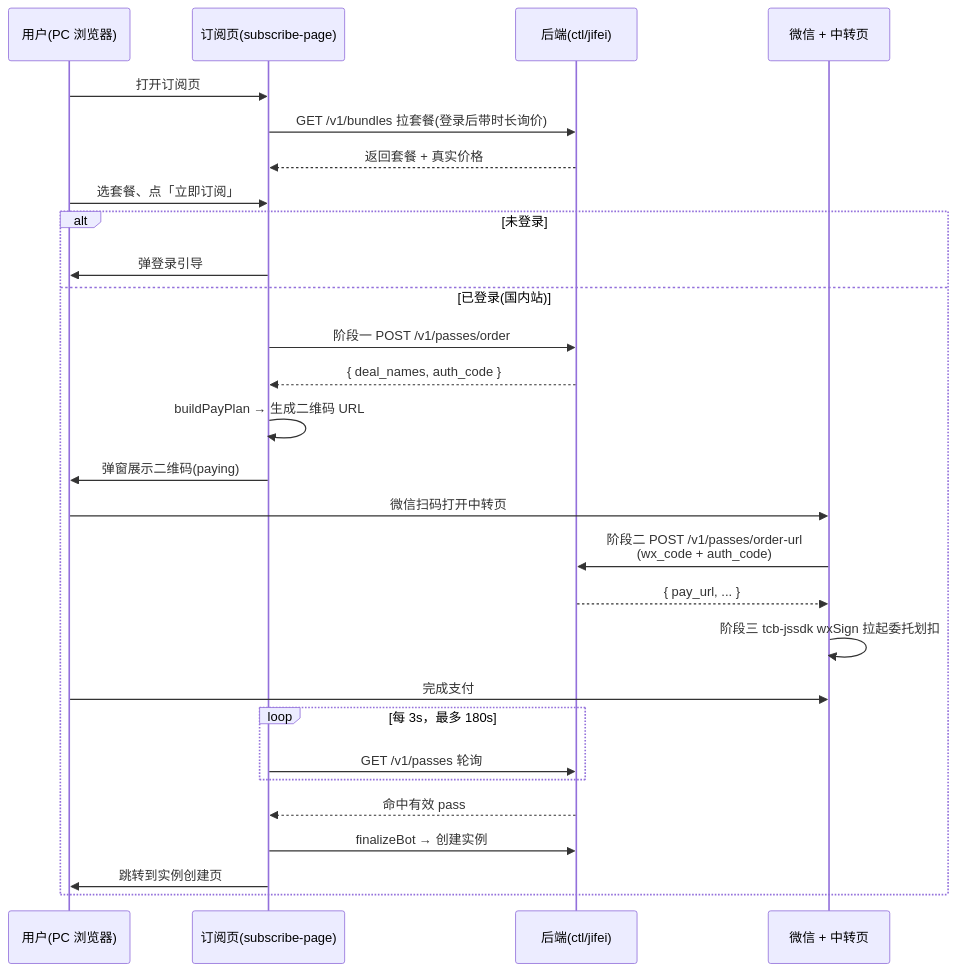
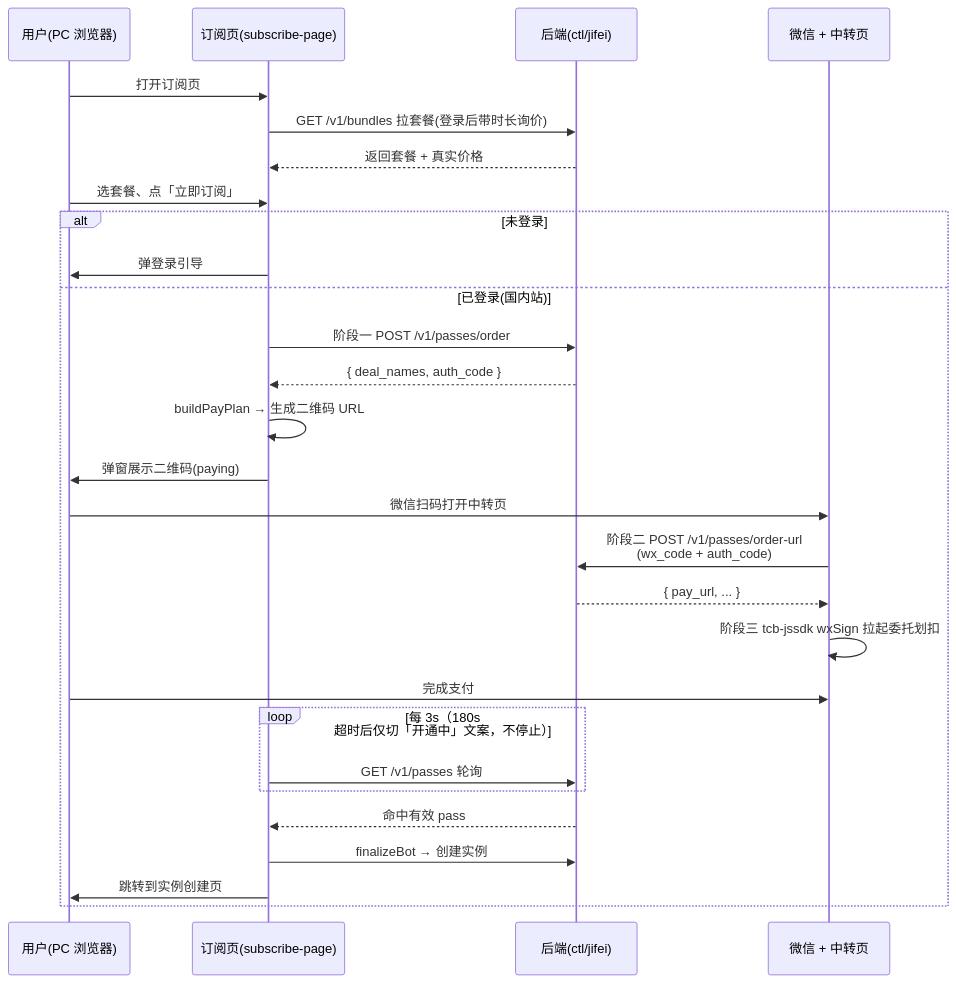
One commit to opencraft-app/opencraft changed the diagram in frontend/docs/frontend-domestic-billing-flow.md. Above: the diagram before and after it, drawn with Mermaid. The commit also changed other lines of this file and 2 other files, not shown here.

First line of the commit message:
补国际站计费流程文档并同步国内站文档 / docs: add intl billing flow and refresh domestic guide

````diff
--- a/frontend/docs/frontend-domestic-billing-flow.md
+++ b/frontend/docs/frontend-domestic-billing-flow.md
@@ -37,31 +38,31 @@
 ```mermaid
 sequenceDiagram
     participant U as 用户(PC 浏览器)
     participant FE as 订阅页(subscribe-page)
     participant BE as 后端(ctl/jifei)
     participant WX as 微信 + 中转页
 
     U->>FE: 打开订阅页
     FE->>BE: GET /v1/bundles 拉套餐(登录后带时长询价)
     BE-->>FE: 返回套餐 + 真实价格
     U->>FE: 选套餐、点「立即订阅」
     alt 未登录
         FE->>U: 弹登录引导
     else 已登录(国内站)
         FE->>BE: 阶段一 POST /v1/passes/order
         BE-->>FE: { deal_names, auth_code }
         FE->>FE: buildPayPlan → 生成二维码 URL
         FE->>U: 弹窗展示二维码(paying)
         U->>WX: 微信扫码打开中转页
         WX->>BE: 阶段二 POST /v1/passes/order-url<br/>(wx_code + auth_code)
         BE-->>WX: { pay_url, ... }
         WX->>WX: 阶段三 tcb-jssdk wxSign 拉起委托划扣
         U->>WX: 完成支付
-        loop 每 3s，最多 180s
+        loop 每 3s（180s 超时后仅切「开通中」文案，不停止）
             FE->>BE: GET /v1/passes 轮询
         end
         BE-->>FE: 命中有效 pass
         FE->>BE: finalizeBot → 创建实例
         FE->>U: 跳转到实例创建页
     end
 ```
````
